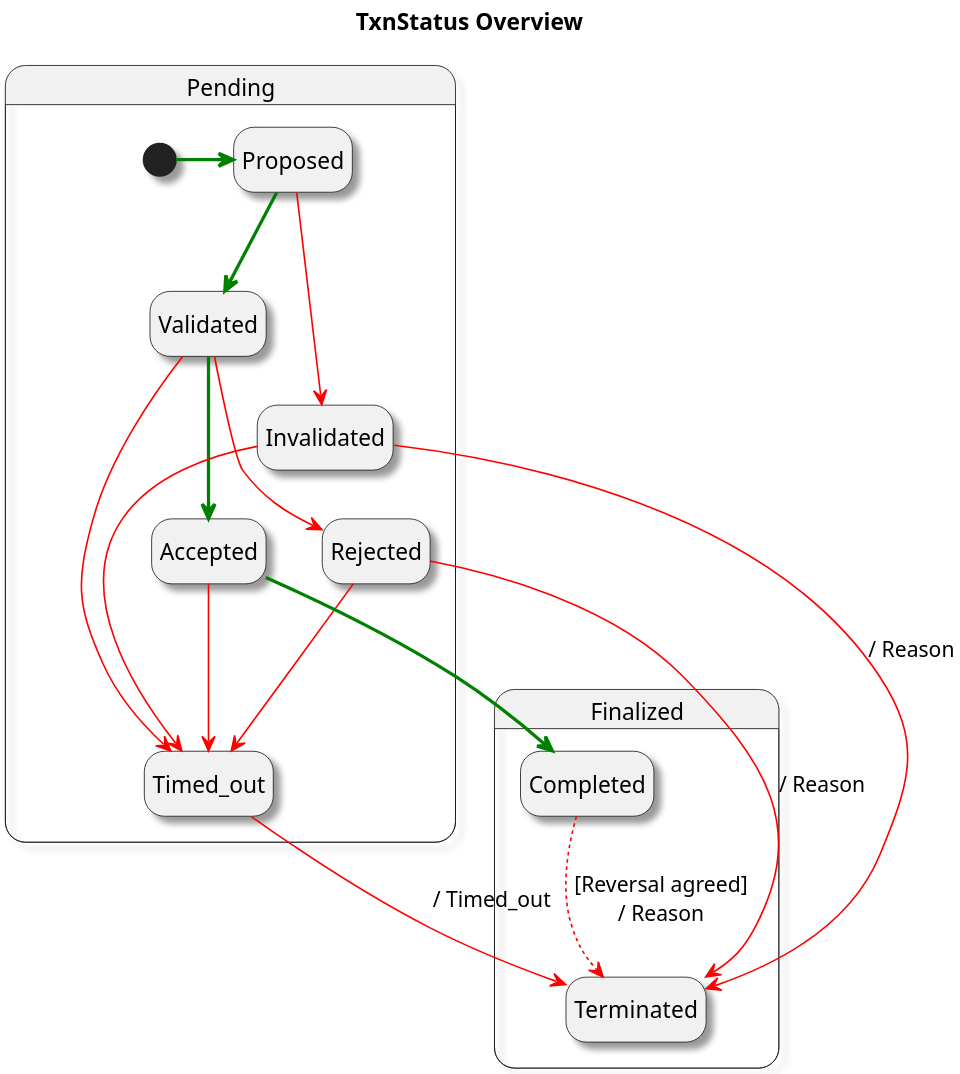
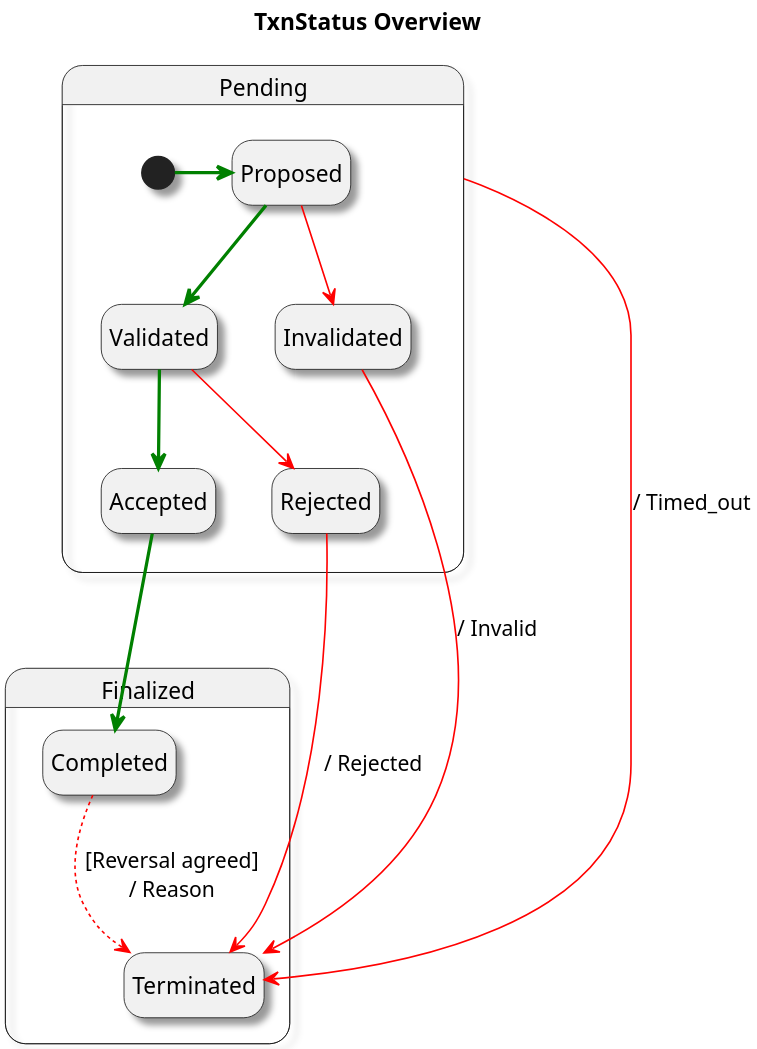
Before and after one commit to frankcnng/CARP: the diagram in diagrams/TxnStatus_Overview.puml, drawn with PlantUML.

```diff
--- a/diagrams/TxnStatus_Overview.puml
+++ b/diagrams/TxnStatus_Overview.puml
@@ -1,35 +1,33 @@
 @startuml Transaction State Chart
 
 title TxnStatus Overview
 
 skinparam dpi 300
 skinparam monochrome false
 skinparam shadowing true
 
 top to bottom direction
 hide empty description
 
 state "Pending" as ip
 
 State ip {
   [*] -[bold,#green]> Proposed
   Proposed -[bold,#green]-> Validated 
   Proposed -[#red]-> Invalidated
 
   Validated -[bold,#green]-> Accepted
   Validated -[#red]-> Rejected
-  Validated -[#red]-> Timed_out
-  Invalidated -[#red]-> Timed_out
-  Accepted -[#red]-> Timed_out
-  Rejected -[#red]-> Timed_out
 }
 
 State Finalized {
   Accepted -[bold,#green]-> Completed
-  Invalidated -[#red]-> Terminated : / Reason
-  Rejected -[#red]-> Terminated : / Reason
-  Timed_out -[#red]-> Terminated : / Timed_out 
+  Invalidated -[#red]-> Terminated : / Invalid
+  Rejected -[#red]-> Terminated : / Rejected
   
   Completed -[dashed,#red]-> Terminated : [Reversal agreed]\n/ Reason
+  ip -[#red]-> Terminated : / Timed_out 
 }
+
+
 @enduml
```
